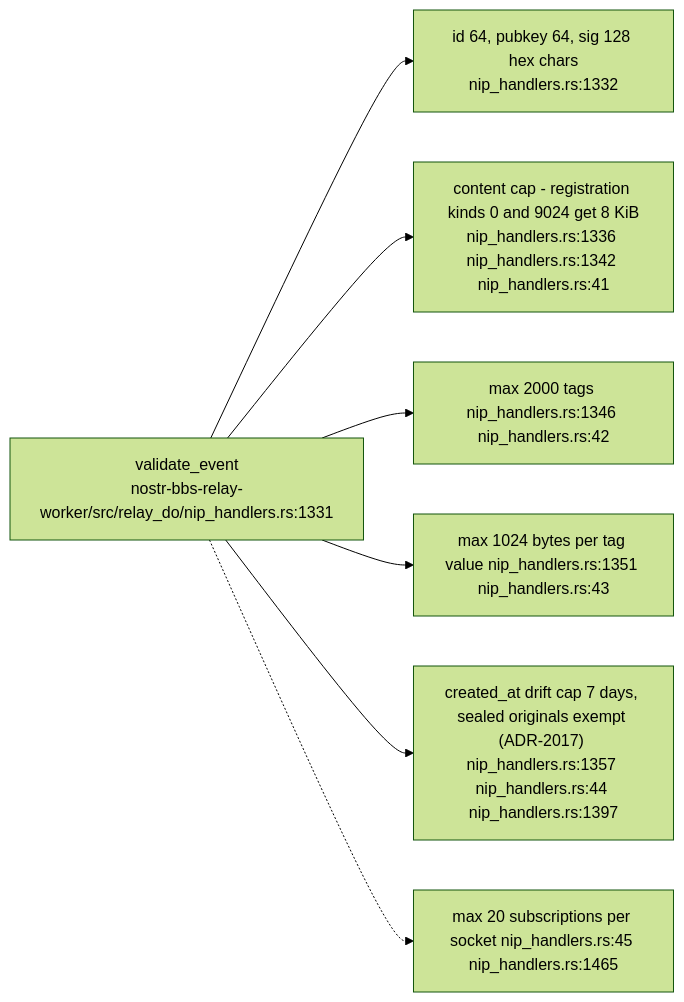
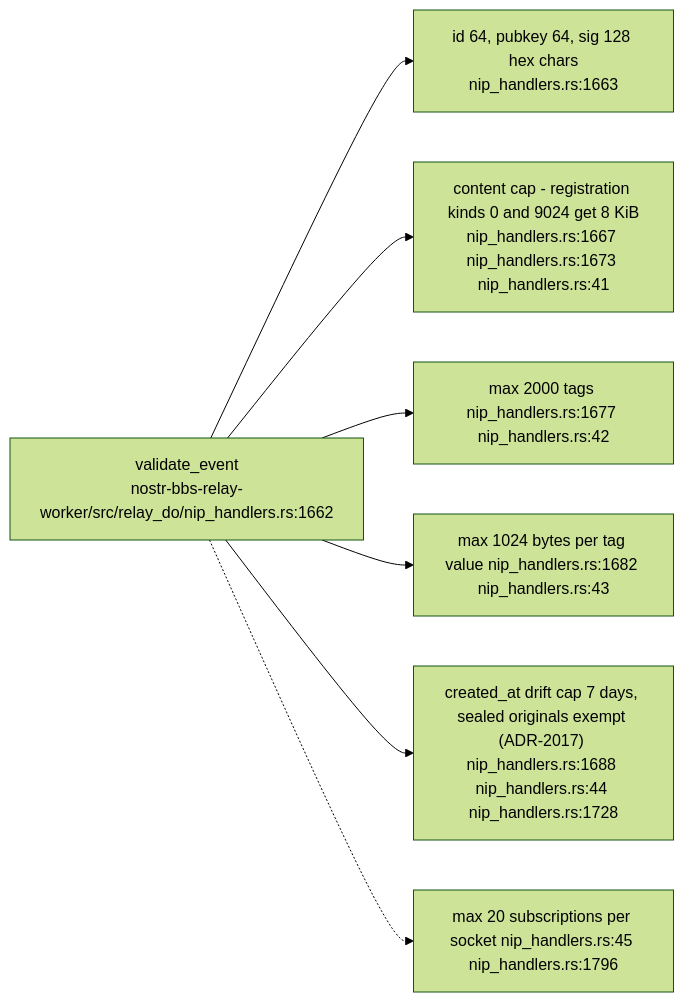
Diagram 11 of 14 in docs/diagrams/nostr-rust-forum/03-relay-worker-admission-auth-and-trust.md (DreamLab-AI/VisionFlow), drawn with Mermaid (forest theme) before and after one commit. The commit also changed other lines of this file and 160 other files, not shown here.

````diff
--- a/docs/diagrams/nostr-rust-forum/03-relay-worker-admission-auth-and-trust.md
+++ b/docs/diagrams/nostr-rust-forum/03-relay-worker-admission-auth-and-trust.md
@@ -319,13 +335,13 @@
 ```mermaid
 flowchart LR
-    V["validate_event<br/>nostr-bbs-relay-worker/src/relay_do/nip_handlers.rs:1331"]
-    L1["id 64, pubkey 64, sig 128 hex chars<br/>nip_handlers.rs:1332"]
-    L2["content cap - registration kinds 0 and 9024 get 8 KiB<br/>nip_handlers.rs:1336 nip_handlers.rs:1342 nip_handlers.rs:41"]
-    L3["max 2000 tags nip_handlers.rs:1346 nip_handlers.rs:42"]
-    L4["max 1024 bytes per tag value nip_handlers.rs:1351 nip_handlers.rs:43"]
-    L5["created_at drift cap 7 days, sealed originals exempt (ADR-2017) nip_handlers.rs:1357 nip_handlers.rs:44 nip_handlers.rs:1397"]
-    L6["max 20 subscriptions per socket nip_handlers.rs:45 nip_handlers.rs:1465"]
+    V["validate_event<br/>nostr-bbs-relay-worker/src/relay_do/nip_handlers.rs:1662"]
+    L1["id 64, pubkey 64, sig 128 hex chars<br/>nip_handlers.rs:1663"]
+    L2["content cap - registration kinds 0 and 9024 get 8 KiB<br/>nip_handlers.rs:1667 nip_handlers.rs:1673 nip_handlers.rs:41"]
+    L3["max 2000 tags nip_handlers.rs:1677 nip_handlers.rs:42"]
+    L4["max 1024 bytes per tag value nip_handlers.rs:1682 nip_handlers.rs:43"]
+    L5["created_at drift cap 7 days, sealed originals exempt (ADR-2017) nip_handlers.rs:1688 nip_handlers.rs:44 nip_handlers.rs:1728"]
+    L6["max 20 subscriptions per socket nip_handlers.rs:45 nip_handlers.rs:1796"]
 
     V --> L1 & L2 & L3 & L4 & L5
     V -.-> L6
 ```
````
